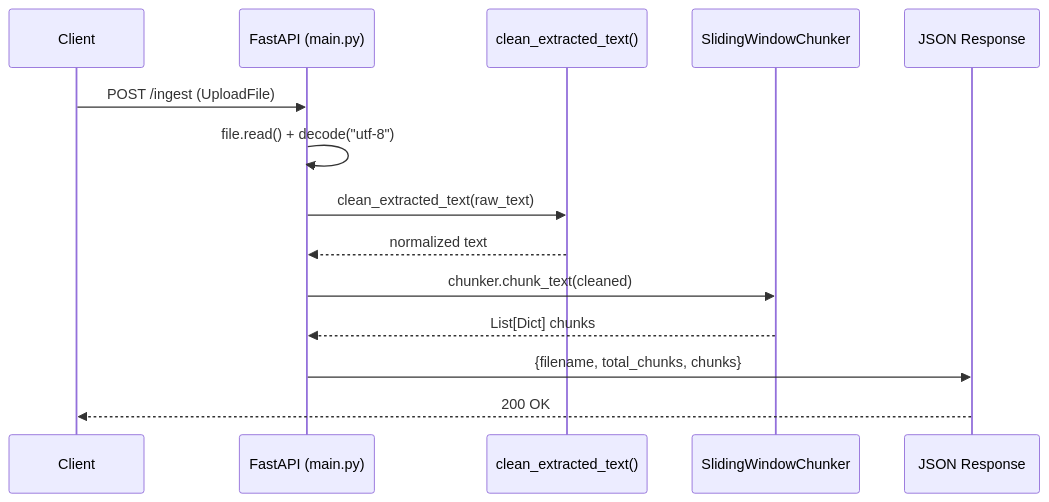
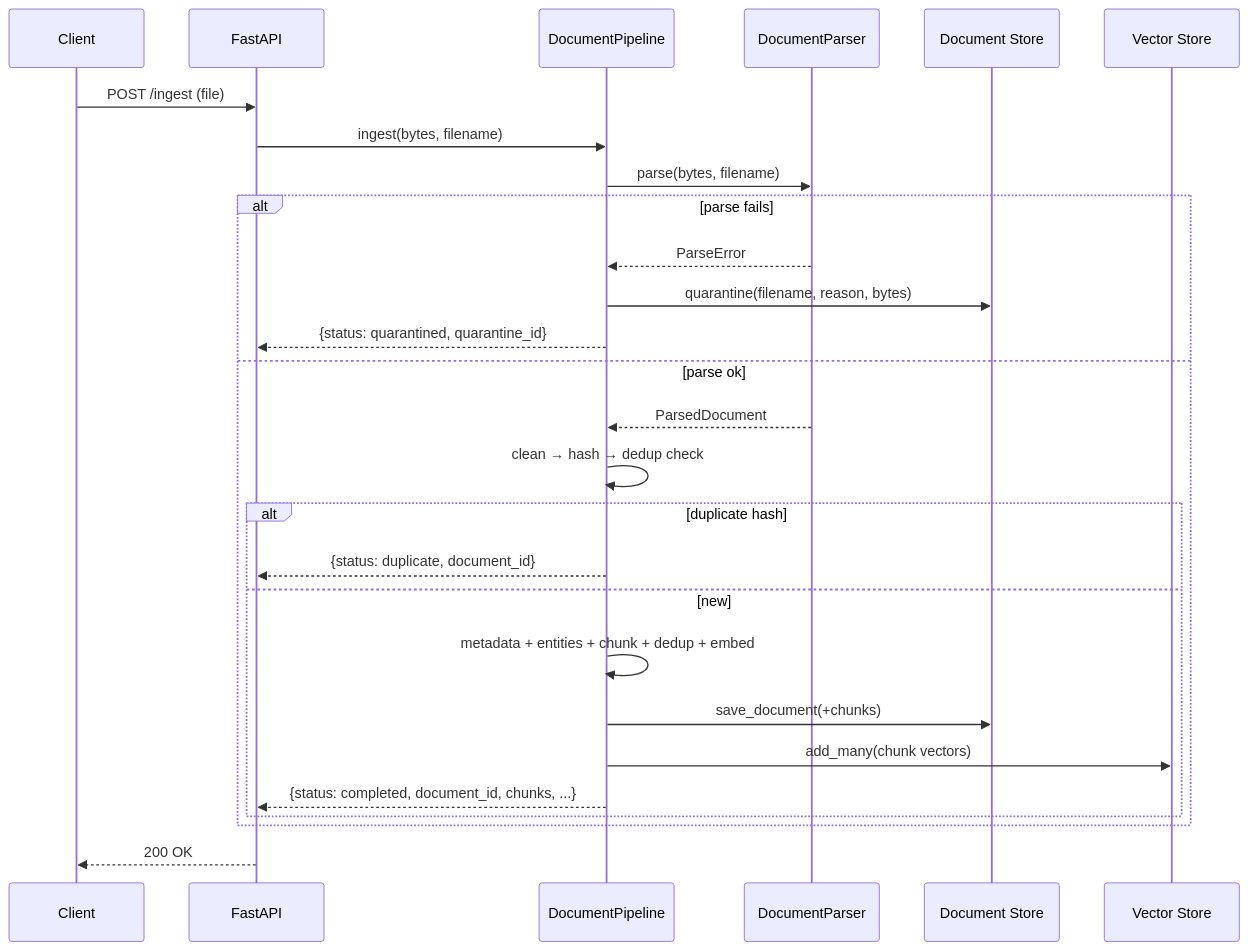
The first of 4 diagrams in docs/architecture.md (FishRaposo/document-intelligence-pipeline), drawn with Mermaid before and after one commit. The commit also changed other lines of this file and 96 other files, not shown here.

````diff
--- a/docs/architecture.md
+++ b/docs/architecture.md
@@ -39,17 +50,30 @@
 ```mermaid
 sequenceDiagram
     participant Client
-    participant FastAPI as FastAPI (main.py)
-    participant Cleaner as clean_extracted_text()
-    participant Chunker as SlidingWindowChunker
-    participant Response as JSON Response
+    participant API as FastAPI
+    participant P as DocumentPipeline
+    participant Parser as DocumentParser
+    participant Store as Document Store
+    participant VS as Vector Store
 
-    Client->>FastAPI: POST /ingest (UploadFile)
-    FastAPI->>FastAPI: file.read() + decode("utf-8")
-    FastAPI->>Cleaner: clean_extracted_text(raw_text)
-    Cleaner-->>FastAPI: normalized text
-    FastAPI->>Chunker: chunker.chunk_text(cleaned)
-    Chunker-->>FastAPI: List[Dict] chunks
-    FastAPI->>Response: {filename, total_chunks, chunks}
-    Response-->>Client: 200 OK
+    Client->>API: POST /ingest (file)
+    API->>P: ingest(bytes, filename)
+    P->>Parser: parse(bytes, filename)
+    alt parse fails
+        Parser-->>P: ParseError
+        P->>Store: quarantine(filename, reason, bytes)
+        P-->>API: {status: quarantined, quarantine_id}
+    else parse ok
+        Parser-->>P: ParsedDocument
+        P->>P: clean → hash → dedup check
+        alt duplicate hash
+            P-->>API: {status: duplicate, document_id}
+        else new
+            P->>P: metadata + entities + chunk + dedup + embed
+            P->>Store: save_document(+chunks)
+            P->>VS: add_many(chunk vectors)
+            P-->>API: {status: completed, document_id, chunks, ...}
+        end
+    end
+    API-->>Client: 200 OK
 ```
````
